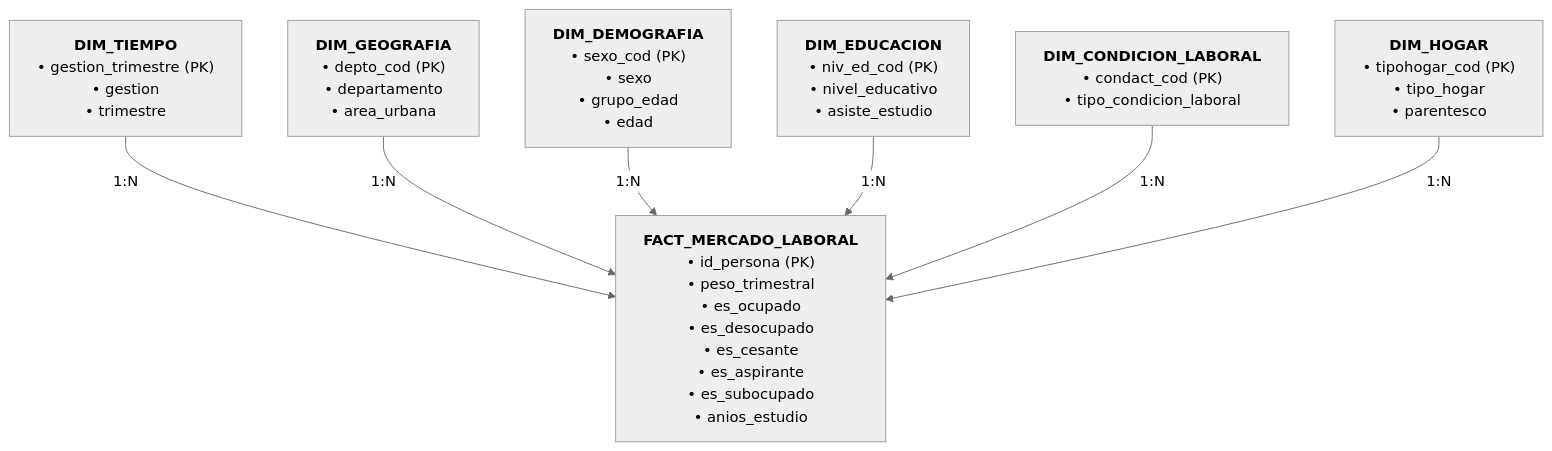
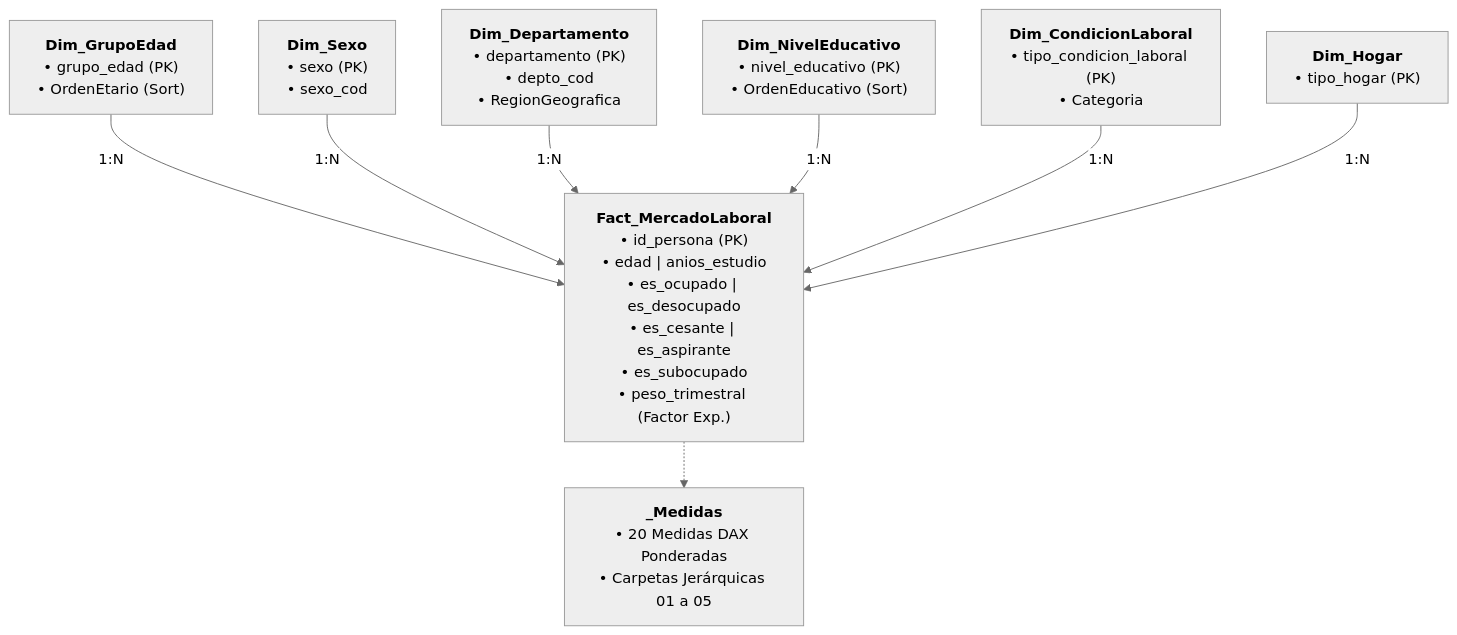
Before and after one commit to Franz-Gonzales/Proyecto-Final-Data-Science: the second of 3 diagrams in docs/GonzalesSuyo_Franz_ActividadNº1.md, drawn with Mermaid (neutral theme). The commit also changed other lines of this file and 36 other files, not shown here.

````diff
--- a/docs/GonzalesSuyo_Franz_ActividadNº1.md
+++ b/docs/GonzalesSuyo_Franz_ActividadNº1.md
@@ -278,18 +278,21 @@
 ```mermaid
 flowchart TD
-    DIM_T["<b>DIM_TIEMPO</b><br/>• gestion_trimestre (PK)<br/>• gestion<br/>• trimestre"]
-    DIM_G["<b>DIM_GEOGRAFIA</b><br/>• depto_cod (PK)<br/>• departamento<br/>• area_urbana"]
-    DIM_D["<b>DIM_DEMOGRAFIA</b><br/>• sexo_cod (PK)<br/>• sexo<br/>• grupo_edad<br/>• edad"]
-    DIM_E["<b>DIM_EDUCACION</b><br/>• niv_ed_cod (PK)<br/>• nivel_educativo<br/>• asiste_estudio"]
-    DIM_C["<b>DIM_CONDICION_LABORAL</b><br/>• condact_cod (PK)<br/>• tipo_condicion_laboral"]
-    DIM_H["<b>DIM_HOGAR</b><br/>• tipohogar_cod (PK)<br/>• tipo_hogar<br/>• parentesco"]
+    DIM_E["<b>Dim_GrupoEdad</b><br/>• grupo_edad (PK)<br/>• OrdenEtario (Sort)"]
+    DIM_S["<b>Dim_Sexo</b><br/>• sexo (PK)<br/>• sexo_cod"]
+    DIM_D["<b>Dim_Departamento</b><br/>• departamento (PK)<br/>• depto_cod<br/>• RegionGeografica"]
+    DIM_N["<b>Dim_NivelEducativo</b><br/>• nivel_educativo (PK)<br/>• OrdenEducativo (Sort)"]
+    DIM_C["<b>Dim_CondicionLaboral</b><br/>• tipo_condicion_laboral (PK)<br/>• Categoria"]
+    DIM_H["<b>Dim_Hogar</b><br/>• tipo_hogar (PK)"]
 
-    FACT["<b>FACT_MERCADO_LABORAL</b><br/>• id_persona (PK)<br/>• peso_trimestral<br/>• es_ocupado<br/>• es_desocupado<br/>• es_cesante<br/>• es_aspirante<br/>• es_subocupado<br/>• anios_estudio"]
+    FACT["<b>Fact_MercadoLaboral</b><br/>• id_persona (PK)<br/>• edad | anios_estudio<br/>• es_ocupado | es_desocupado<br/>• es_cesante | es_aspirante<br/>• es_subocupado<br/>• peso_trimestral (Factor Exp.)"]
 
-    DIM_T -->|1:N| FACT
-    DIM_G -->|1:N| FACT
+    MEDIDAS["<b>_Medidas</b><br/>• 20 Medidas DAX Ponderadas<br/>• Carpetas Jerárquicas 01 a 05"]
+
+    DIM_E -->|1:N| FACT
+    DIM_S -->|1:N| FACT
     DIM_D -->|1:N| FACT
-    DIM_E -->|1:N| FACT
+    DIM_N -->|1:N| FACT
     DIM_C -->|1:N| FACT
     DIM_H -->|1:N| FACT
+    FACT -.-> MEDIDAS
 ```
````
